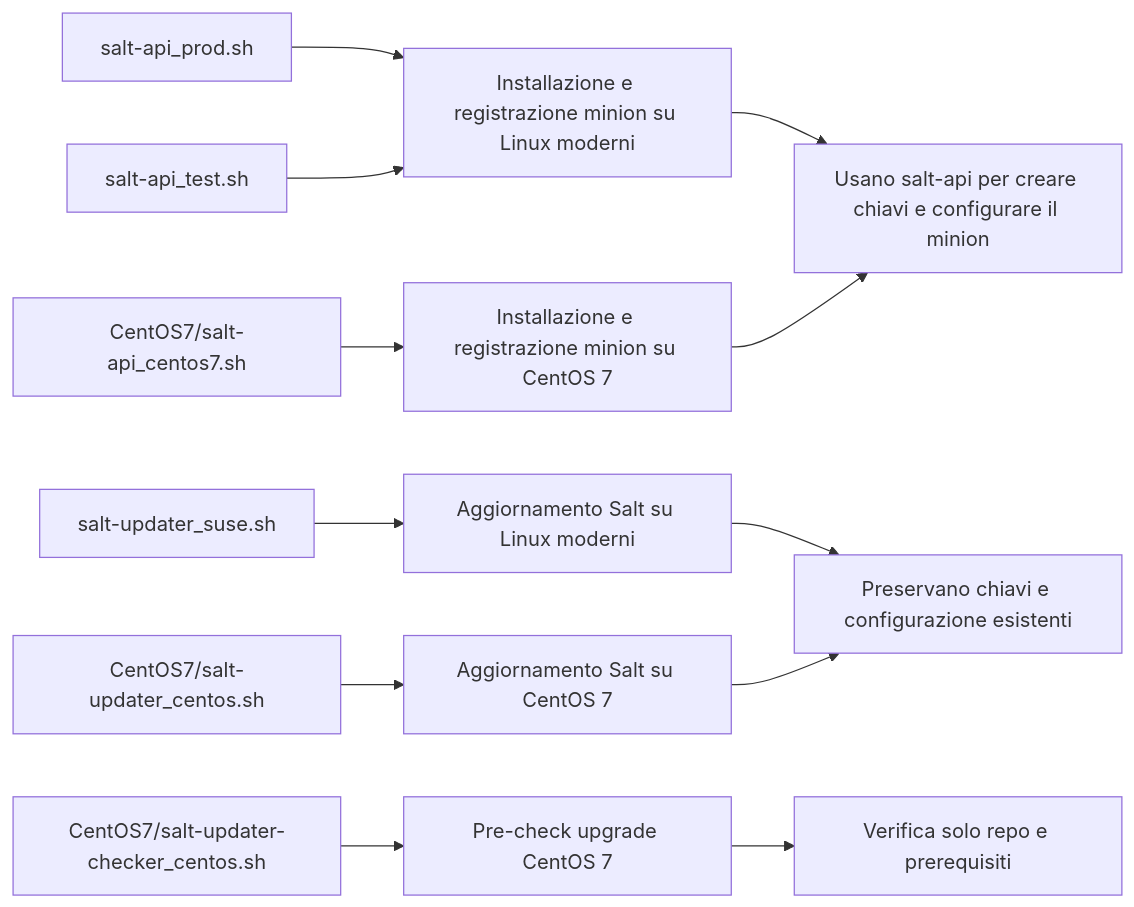
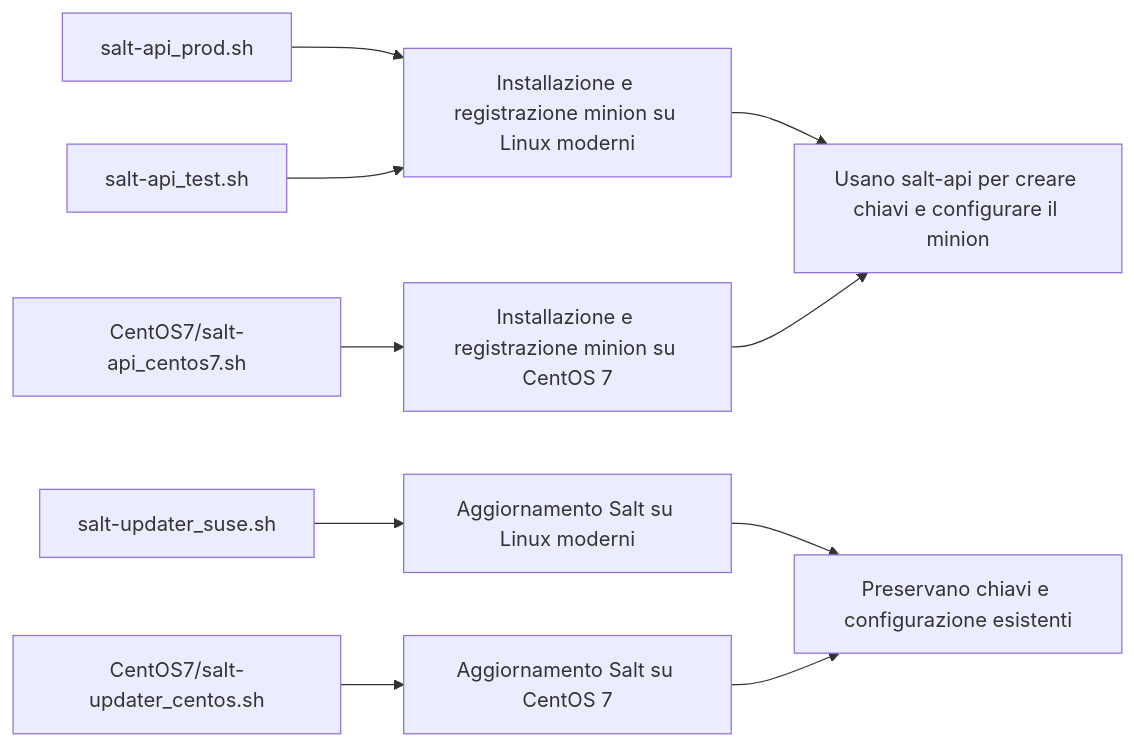
The sixth of 6 diagrams in SCRIPT_FLOWCHARTS.md (smeup/salt-api_scripts), drawn with Mermaid before and after one commit. The commit also changed other lines of this file and 1 other file, not shown here.

````diff
--- a/SCRIPT_FLOWCHARTS.md
+++ b/SCRIPT_FLOWCHARTS.md
@@ -205,15 +180,13 @@
 ```mermaid
 flowchart LR
     A[salt-api_prod.sh] --> A1[Installazione e registrazione minion su Linux moderni]
     B[salt-api_test.sh] --> A1
     C[salt-updater_suse.sh] --> C1[Aggiornamento Salt su Linux moderni]
     D[CentOS7/salt-api_centos7.sh] --> D1[Installazione e registrazione minion su CentOS 7]
     E[CentOS7/salt-updater_centos.sh] --> E1[Aggiornamento Salt su CentOS 7]
-    F[CentOS7/salt-updater-checker_centos.sh] --> F1[Pre-check upgrade CentOS 7]
 
     A1 --> G[Usano salt-api per creare chiavi e configurare il minion]
     D1 --> G
     C1 --> H[Preservano chiavi e configurazione esistenti]
     E1 --> H
-    F1 --> I[Verifica solo repo e prerequisiti]
 ```
````
